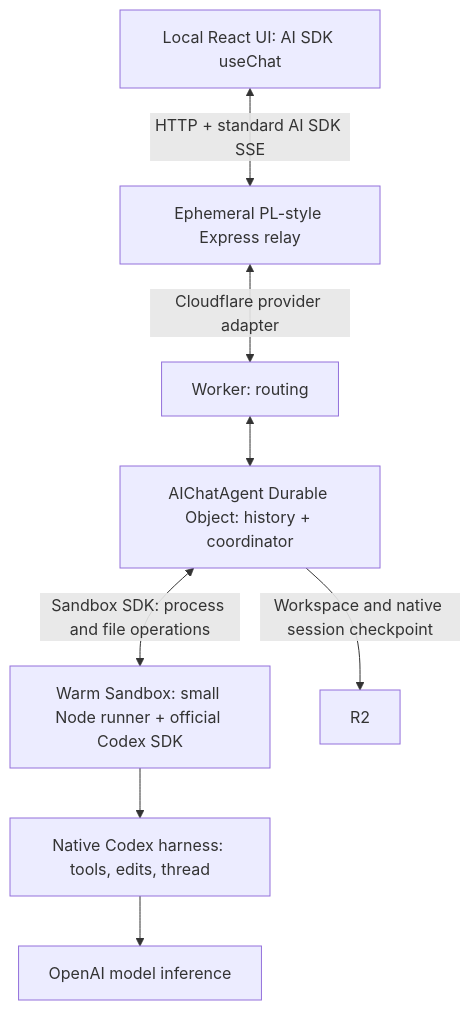
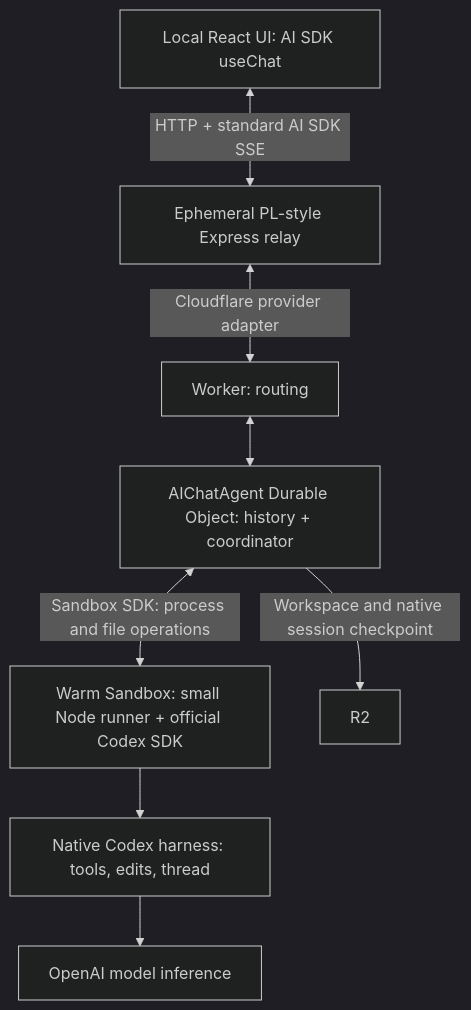
The diagram in docs/codex-sandbox-plan.md (miguelaenlle/cloudflare-agents-sdk-test), drawn with Mermaid before and after one commit. The commit also changed 1 other file, not shown here.

Commit message:
Improve architecture diagram contrast on dark backgrounds

````diff
--- a/docs/codex-sandbox-plan.md
+++ b/docs/codex-sandbox-plan.md
@@ -7,10 +7,11 @@
 ```mermaid
+%%{init: {"theme": "dark"}}%%
 flowchart TD
     UI[Local React UI: AI SDK useChat] <-->|HTTP + standard AI SDK SSE| PL[Ephemeral PL-style Express relay]
     PL <-->|Cloudflare provider adapter| Entry[Worker: routing]
     Entry <--> Chat[AIChatAgent Durable Object: history + coordinator]
     Chat <-->|Sandbox SDK: process and file operations| Box[Warm Sandbox: small Node runner + official Codex SDK]
     Box --> Native[Native Codex harness: tools, edits, thread]
     Native --> Model[OpenAI model inference]
     Chat -->|Workspace and native session checkpoint| R2[R2]
 ```
````
